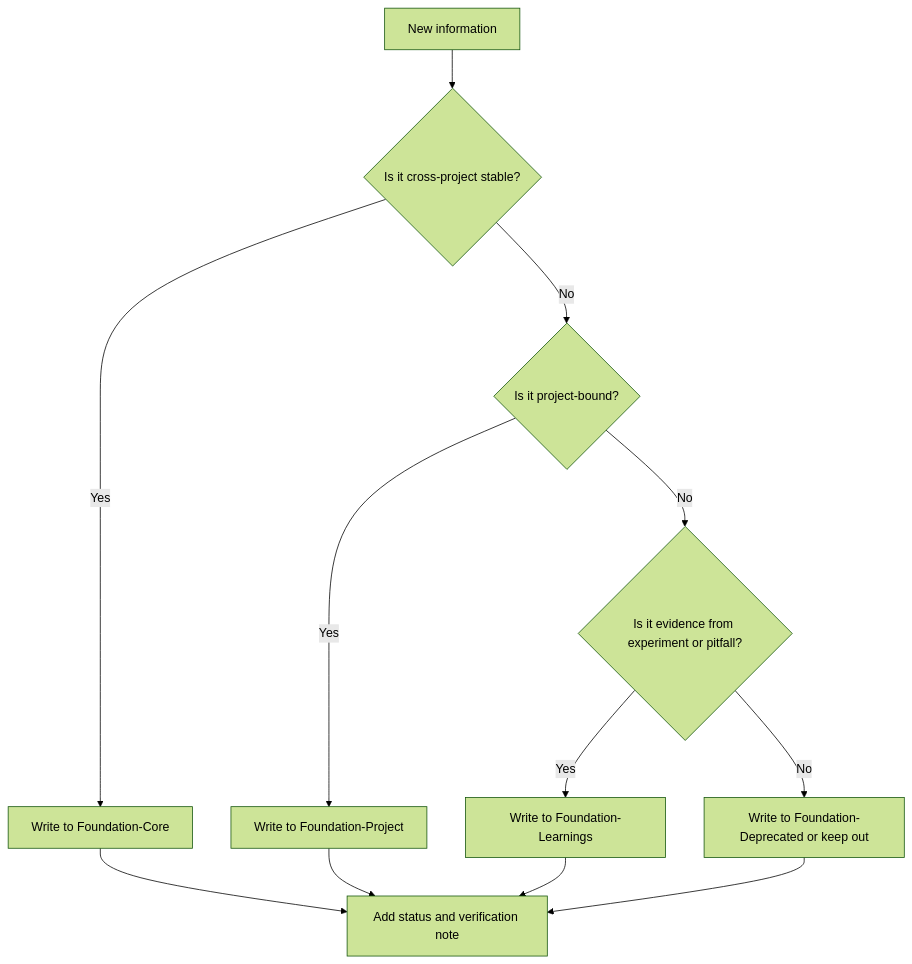
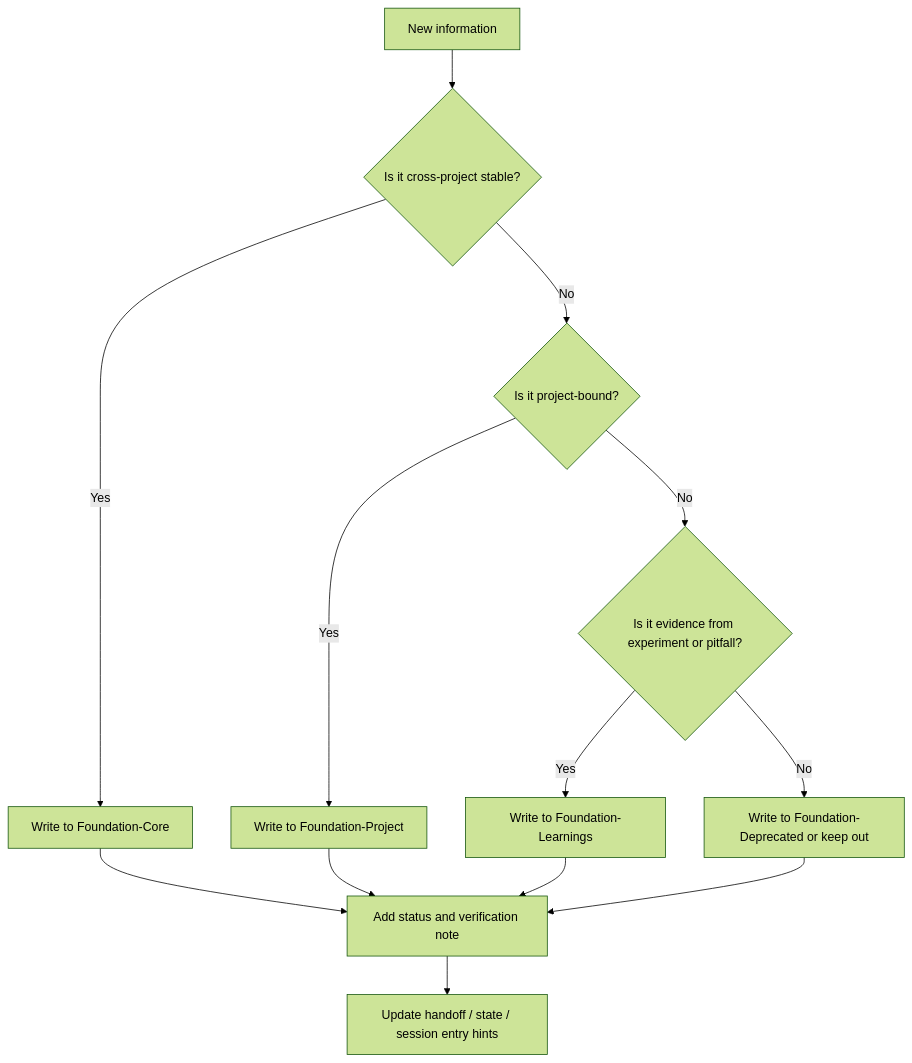
One commit to Lr1977/hangshi-diji changed the second of 2 diagrams in protocol-starter/docs/FOUNDATION-FLOW.md. Above: the diagram before and after it, drawn with Mermaid (forest theme). The commit also changed other lines of this file and 22 other files, not shown here.

Commit message:
docs: add session recovery handoff flow

````diff
--- a/protocol-starter/docs/FOUNDATION-FLOW.md
+++ b/protocol-starter/docs/FOUNDATION-FLOW.md
@@ -21,14 +22,15 @@
 ```mermaid
 flowchart TD
   A[New information] --> B{Is it cross-project stable?}
   B -- Yes --> C[Write to Foundation-Core]
   B -- No --> D{Is it project-bound?}
   D -- Yes --> E[Write to Foundation-Project]
   D -- No --> F{Is it evidence from experiment or pitfall?}
   F -- Yes --> G[Write to Foundation-Learnings]
   F -- No --> H[Write to Foundation-Deprecated or keep out]
   C --> I[Add status and verification note]
   E --> I
   G --> I
   H --> I
+  I --> J[Update handoff / state / session entry hints]
 ```
````
